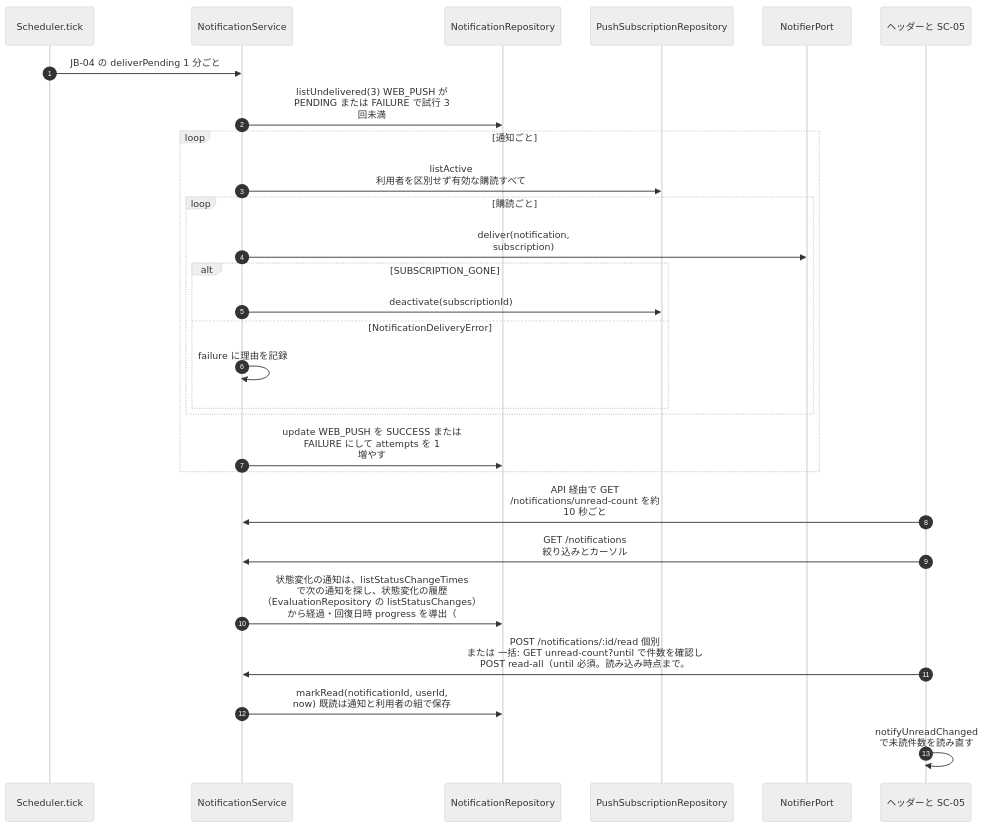
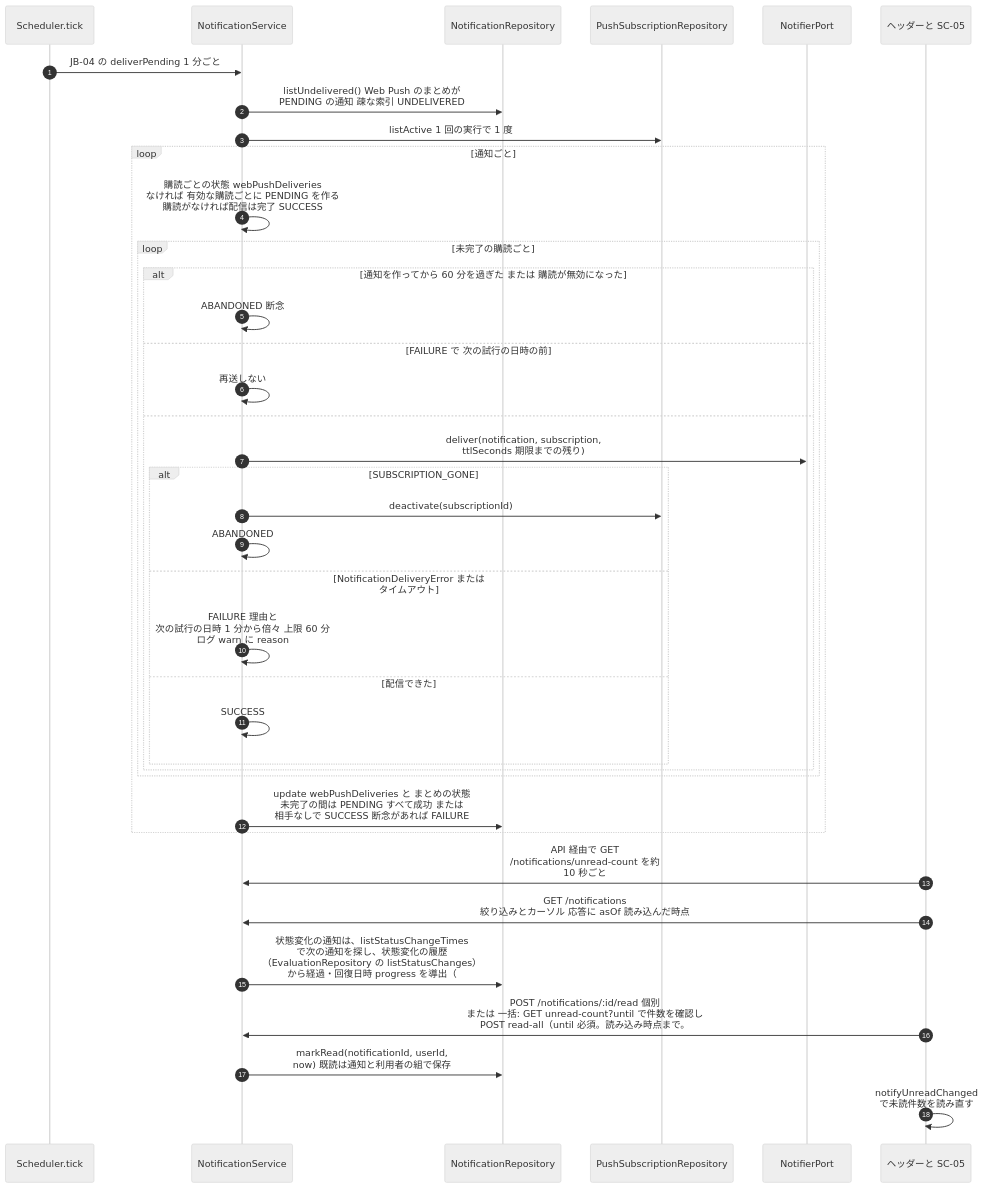
Diagram 24 of 46 in docs/10_design/architecture/as-built.md (NS-APU/smart-farm-monitoring), drawn with Mermaid (neutral theme) before and after one commit. The commit also changed other lines of this file and 11 other files, not shown here.

````diff
--- a/docs/10_design/architecture/as-built.md
+++ b/docs/10_design/architecture/as-built.md
@@ -1640,32 +1671,42 @@
 ```mermaid
 sequenceDiagram
   autonumber
   participant SCH as Scheduler.tick
   participant NS as NotificationService
   participant NR as NotificationRepository
   participant PR as PushSubscriptionRepository
   participant WP as NotifierPort
   participant UI as ヘッダーと SC-05
 
   SCH->>NS: JB-04 の deliverPending 1 分ごと
-  NS->>NR: listUndelivered(3) WEB_PUSH が<br>PENDING または FAILURE で試行 3<br>回未満
+  NS->>NR: listUndelivered() Web Push のまとめが<br>PENDING の通知 疎な索引 UNDELIVERED
+  NS->>PR: listActive 1 回の実行で 1 度
   loop 通知ごと
-    NS->>PR: listActive<br>利用者を区別せず有効な購読すべて
-    loop 購読ごと
-      NS->>WP: deliver(notification,<br>subscription)
-      alt SUBSCRIPTION_GONE
-        NS->>PR: deactivate(subscriptionId)
-      else NotificationDeliveryError
-        NS->>NS: failure に理由を記録
+    NS->>NS: 購読ごとの状態 webPushDeliveries<br>なければ 有効な購読ごとに PENDING を作る<br>購読がなければ配信は完了 SUCCESS
+    loop 未完了の購読ごと
+      alt 通知を作ってから 60 分を過ぎた または 購読が無効になった
+        NS->>NS: ABANDONED 断念
+      else FAILURE で 次の試行の日時の前
+        NS->>NS: 再送しない
+      else
+        NS->>WP: deliver(notification, subscription,<br>ttlSeconds 期限までの残り)
+        alt SUBSCRIPTION_GONE
+          NS->>PR: deactivate(subscriptionId)
+          NS->>NS: ABANDONED
+        else NotificationDeliveryError または<br>タイムアウト
+          NS->>NS: FAILURE 理由と<br>次の試行の日時 1 分から倍々 上限 60 分<br>ログ warn に reason
+        else 配信できた
+          NS->>NS: SUCCESS
+        end
       end
     end
-    NS->>NR: update WEB_PUSH を SUCCESS または<br>FAILURE にして attempts を 1<br>増やす
+    NS->>NR: update webPushDeliveries と まとめの状態<br>未完了の間は PENDING すべて成功 または<br>相手なしで SUCCESS 断念があれば FAILURE
   end
 
   UI->>NS: API 経由で GET<br>/notifications/unread-count を約<br>10 秒ごと
-  UI->>NS: GET /notifications<br>絞り込みとカーソル
-  NS->>NR: 状態変化の通知は、listStatusChangeTimes<br>で次の通知を探し、状態変化の履歴<br>（EvaluationRepository の listStatusChanges）<br>から経過・回復日時 progress を導出（#238）
+  UI->>NS: GET /notifications<br>絞り込みとカーソル 応答に asOf 読み込んだ時点
+  NS->>NR: 状態変化の通知は、listStatusChangeTimes<br>で次の通知を探し、状態変化の履歴<br>（EvaluationRepository の listStatusChanges）<br>から経過・回復日時 progress を導出（#238）<br>memoCounts で メモの件数 memoCount（#239）
   UI->>NS: POST /notifications/:id/read 個別<br>または 一括: GET unread-count?until で件数を確認し<br>POST read-all（until 必須。読み込み時点まで。#240）
   NS->>NR: markRead(notificationId, userId,<br>now) 既読は通知と利用者の組で保存
   UI->>UI: notifyUnreadChanged<br>で未読件数を読み直す
 ```
````
